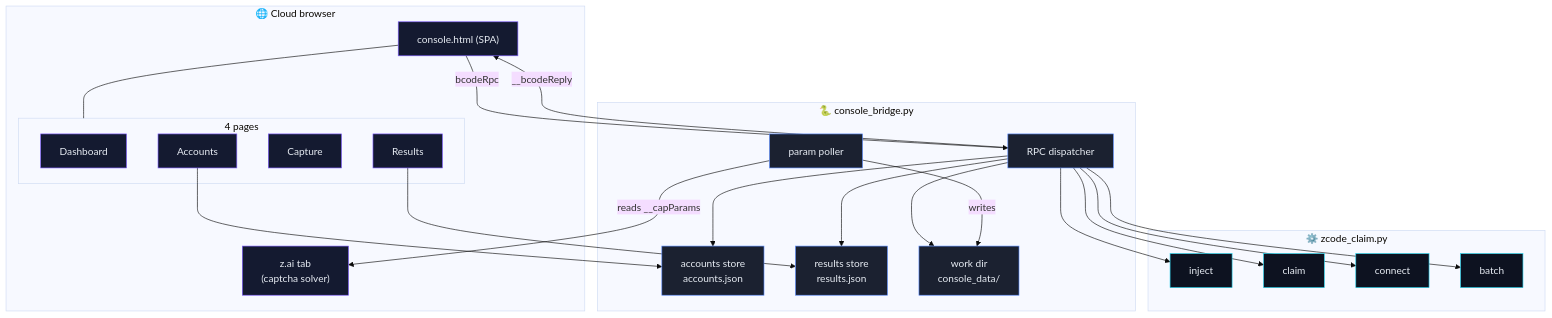
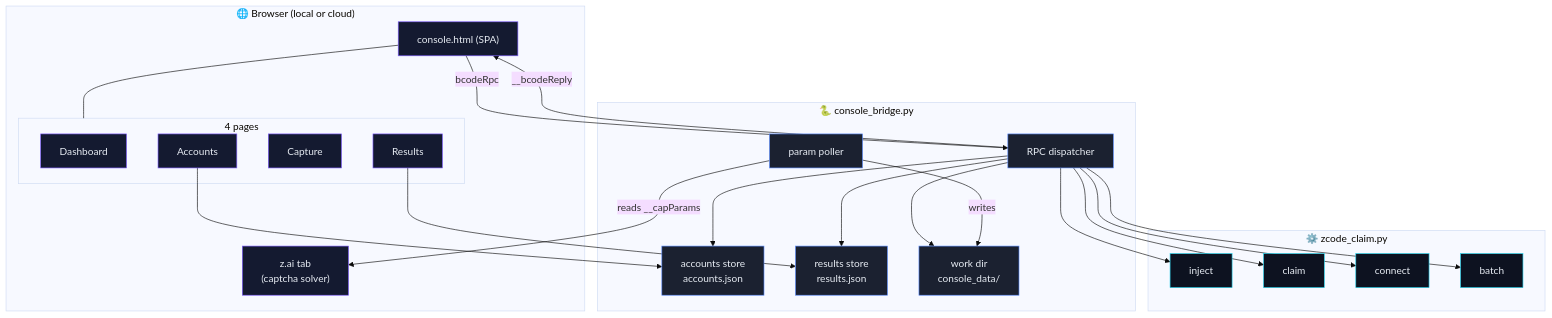
The second of 3 diagrams in docs/STRUCTURE.md (0xgetz/zcode-claim-9router), drawn with Mermaid (base theme) before and after one commit. The commit also changed other lines of this file and 10 other files, not shown here.

First line of the commit message:
Run without the cloud: local/headless browser auto-launch

````diff
--- a/docs/STRUCTURE.md
+++ b/docs/STRUCTURE.md
@@ -69,47 +72,47 @@
 ```mermaid
 flowchart TB
-    subgraph Browser["🌐 Cloud browser"]
+    subgraph Browser["🌐 Browser (local or cloud)"]
         UI["console.html (SPA)"]
         subgraph Pages["4 pages"]
             P1["Dashboard"]
             P2["Accounts"]
             P3["Capture"]
             P4["Results"]
         end
         ZT["z.ai tab<br/>(captcha solver)"]
         UI --- Pages
     end
 
     subgraph Bridge["🐍 console_bridge.py"]
         RPC["RPC dispatcher"]
         ACC["accounts store<br/>accounts.json"]
         RES["results store<br/>results.json"]
         FS["work dir<br/>console_data/"]
         PP["param poller"]
     end
 
     subgraph Pipeline["⚙️ zcode_claim.py"]
         INJ2["inject"]
         CLM2["claim"]
         CN2["connect"]
         BAT["batch"]
     end
 
     UI -->|"bcodeRpc"| RPC
     RPC -->|"__bcodeReply"| UI
     RPC --> ACC
     RPC --> RES
     RPC --> FS
     RPC --> INJ2 & CLM2 & CN2 & BAT
     PP -->|reads __capParams| ZT
     PP -->|writes| FS
     P2 --> ACC
     P4 --> RES
 
     classDef ui fill:#141a30,stroke:#7c5cff,color:#e7ecf3
     classDef br fill:#1b2130,stroke:#5b8cff,color:#e7ecf3
     classDef pl fill:#0d1220,stroke:#22d3ee,color:#e7ecf3
     class UI,P1,P2,P3,P4,ZT ui
     class RPC,ACC,RES,FS,PP br
     class INJ2,CLM2,CN2,BAT pl
 ```
````
